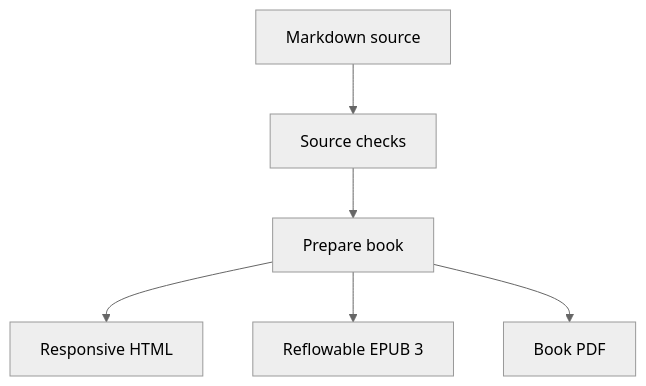
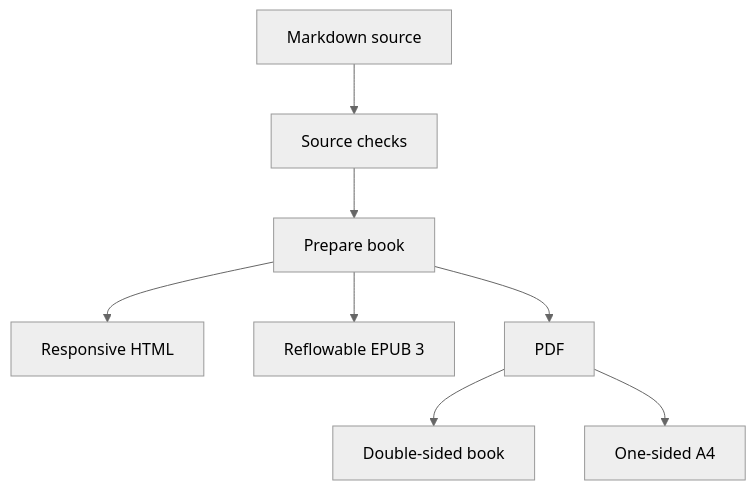
The first of 2 diagrams in rendering/specimen/notation.md (dikini/ash-doc), drawn with Mermaid (neutral theme) before and after one commit. The commit also changed other lines of this file and 10 other files, not shown here.

Commit message:
Render duplex book and one-sided A4 PDF variants

````diff
--- a/rendering/specimen/notation.md
+++ b/rendering/specimen/notation.md
@@ -50,8 +51,10 @@
 ```mermaid
 flowchart TB
     source[Markdown source] --> checks[Source checks]
     checks --> prepare[Prepare book]
     prepare --> html[Responsive HTML]
     prepare --> epub[Reflowable EPUB 3]
-    prepare --> pdf[Book PDF]
+    prepare --> pdf[PDF]
+    pdf --> book[Double-sided book]
+    pdf --> a4[One-sided A4]
 ```
````
